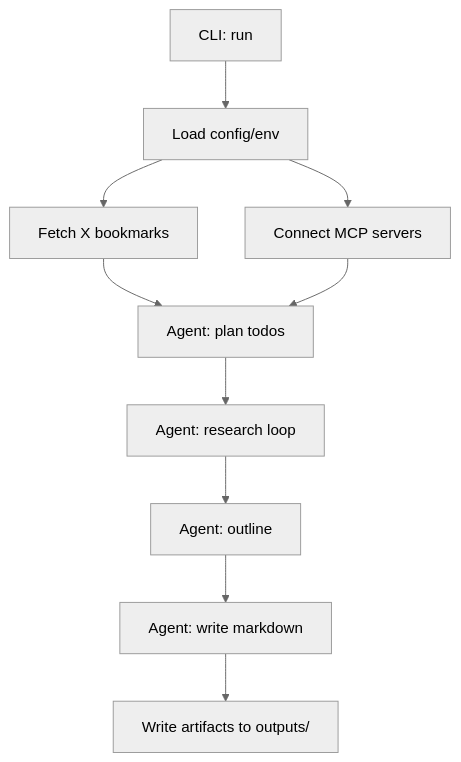
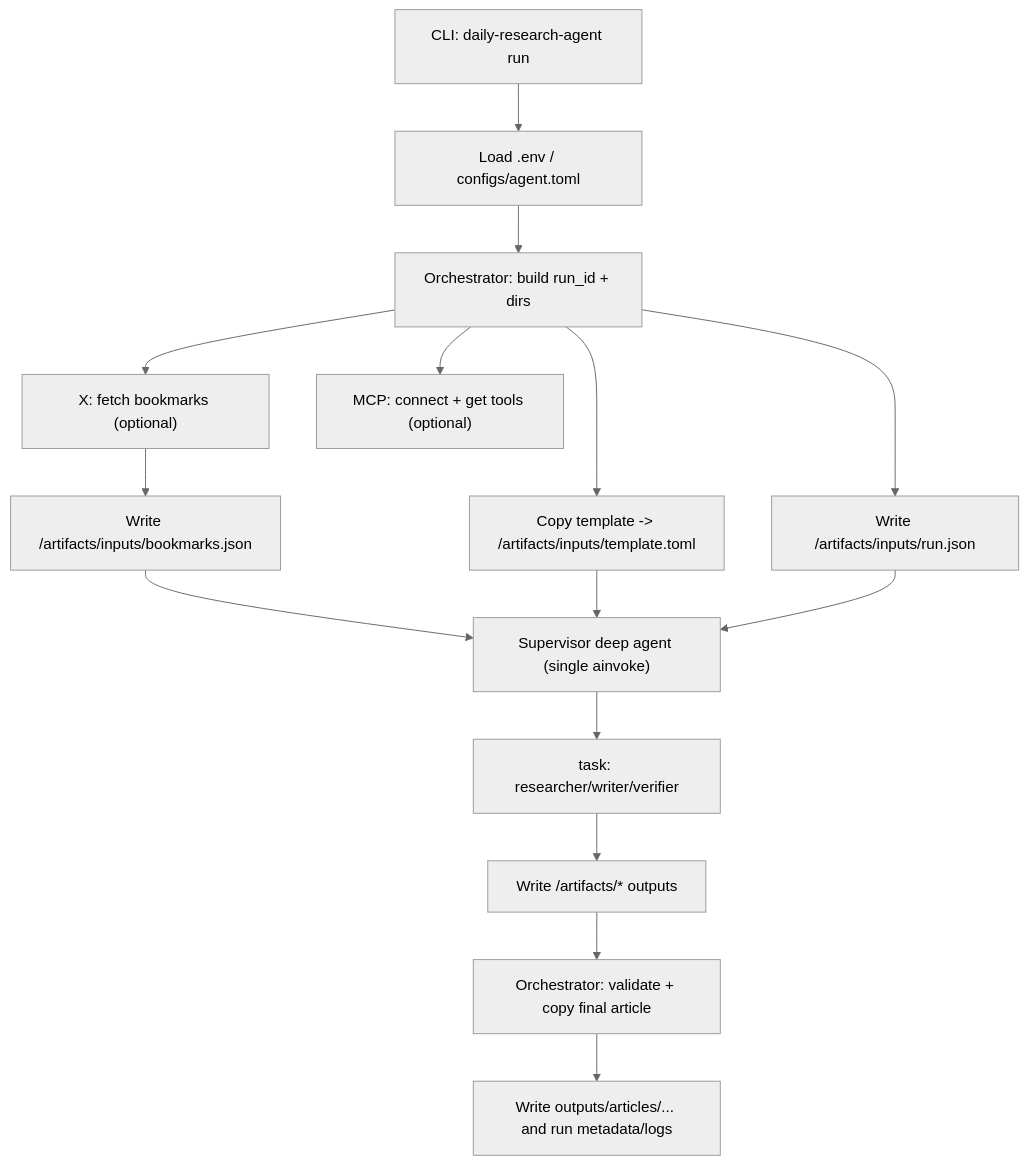
Before and after one commit to motoacs/daily-research-agent: the diagram in docs/design.md, drawn with Mermaid (neutral theme). The commit also changed other lines of this file and 1 other file, not shown here.

````diff
--- a/docs/design.md
+++ b/docs/design.md
@@ -40,12 +48,17 @@
 ```mermaid
 flowchart TD
-  A[CLI: run] --> B[Load config/env]
-  B --> C[Fetch X bookmarks]
-  B --> D[Connect MCP servers]
-  C --> E[Agent: plan todos]
-  D --> E
-  E --> F[Agent: research loop]
-  F --> G[Agent: outline]
-  G --> H[Agent: write markdown]
-  H --> I[Write artifacts to outputs/]
+  A[CLI: daily-research-agent run] --> B[Load .env / configs/agent.toml]
+  B --> C[Orchestrator: build run_id + dirs]
+  C --> D["X: fetch bookmarks (optional)"]
+  C --> E["MCP: connect + get tools (optional)"]
+  D --> F[Write /artifacts/inputs/bookmarks.json]
+  C --> G[Copy template -> /artifacts/inputs/template.toml]
+  C --> H[Write /artifacts/inputs/run.json]
+  F --> I["Supervisor deep agent (single ainvoke)"]
+  G --> I
+  H --> I
+  I --> J[task: researcher/writer/verifier]
+  J --> K[Write /artifacts/* outputs]
+  K --> L[Orchestrator: validate + copy final article]
+  L --> M[Write outputs/articles/... and run metadata/logs]
 ```
````
